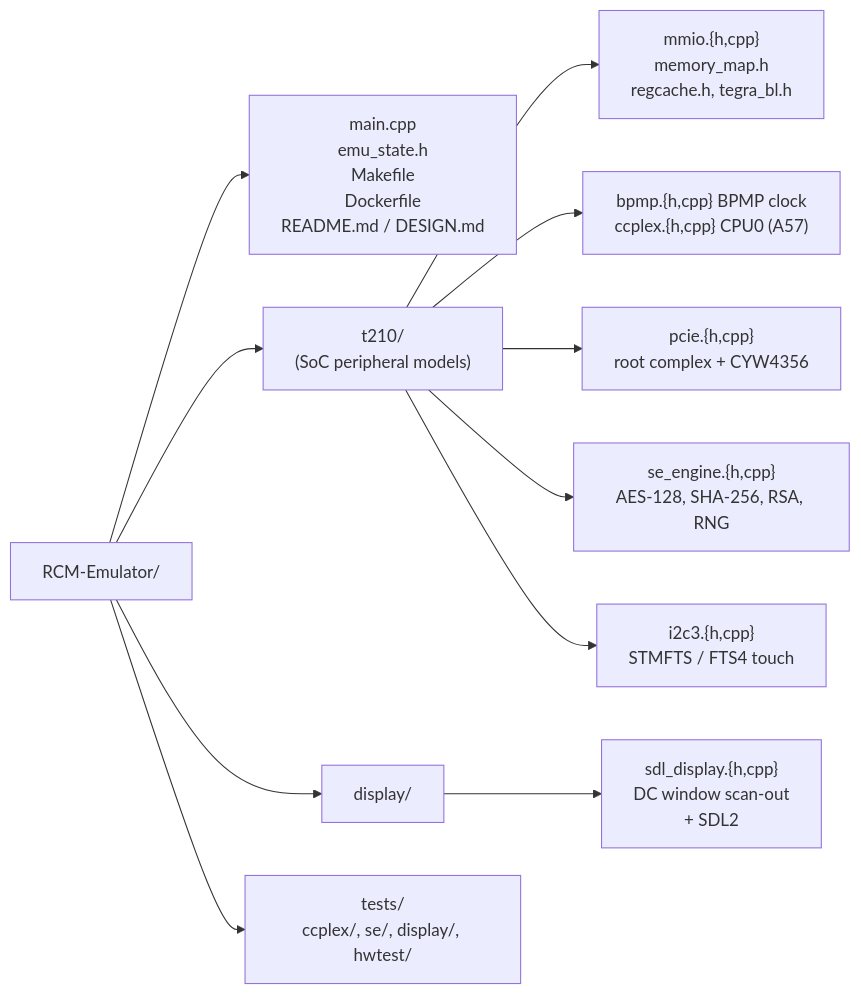
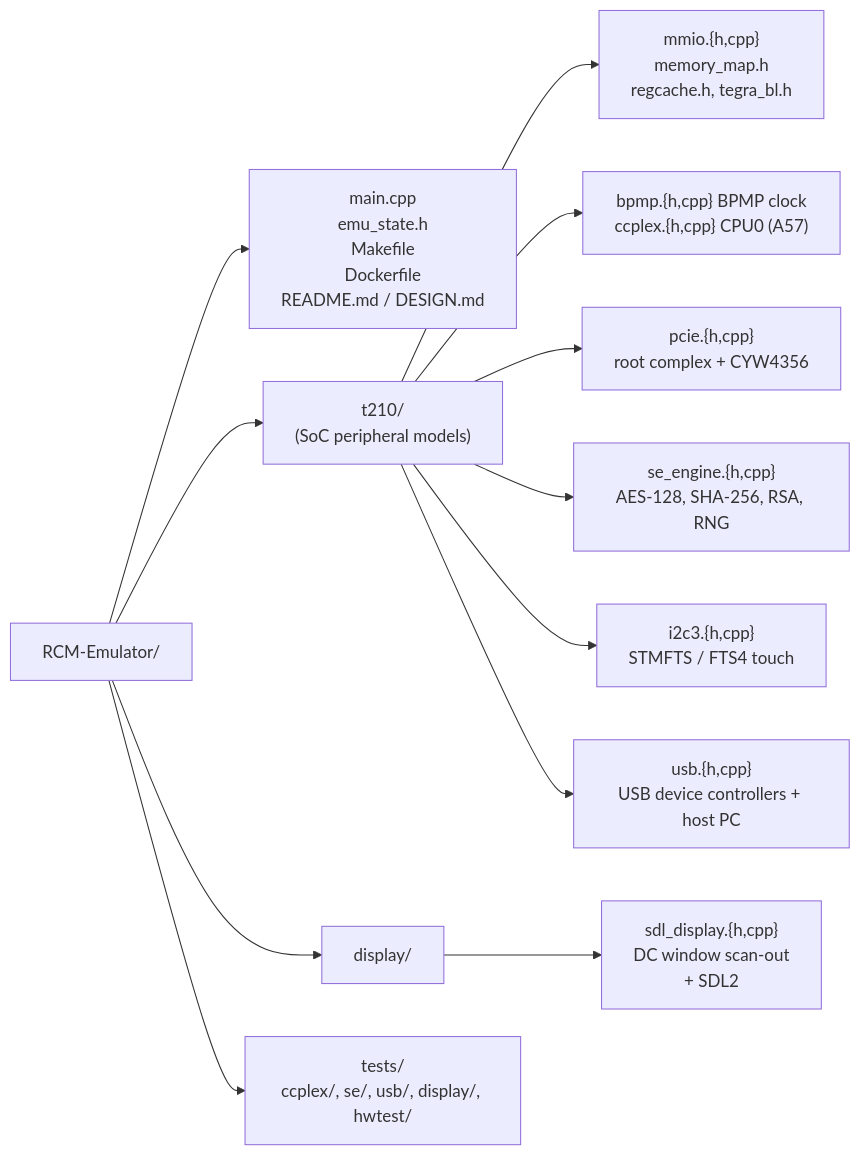
The diagram in README.md (Creased/RCM-Emulator), drawn with Mermaid before and after one commit. The commit also changed other lines of this file and 15 other files, not shown here.

First line of the commit message:
Model USB device mode, with an emulated PC on the cable

````diff
--- a/README.md
+++ b/README.md
@@ -288,16 +298,17 @@
 ```mermaid
 flowchart LR
     root["RCM-Emulator/"]
     root --> top["main.cpp<br/>emu_state.h<br/>Makefile<br/>Dockerfile<br/>README.md / DESIGN.md"]
     root --> t210["t210/<br/>(SoC peripheral models)"]
     root --> display["display/"]
-    root --> tests["tests/<br/>ccplex/, se/, display/, hwtest/"]
+    root --> tests["tests/<br/>ccplex/, se/, usb/, display/, hwtest/"]
 
     t210 --> mmio["mmio.{h,cpp}<br/>memory_map.h<br/>regcache.h, tegra_bl.h"]
     t210 --> cpus["bpmp.{h,cpp} BPMP clock<br/>ccplex.{h,cpp} CPU0 (A57)"]
     t210 --> pcie["pcie.{h,cpp}<br/>root complex + CYW4356"]
     t210 --> se["se_engine.{h,cpp}<br/>AES-128, SHA-256, RSA, RNG"]
     t210 --> i2c["i2c3.{h,cpp}<br/>STMFTS / FTS4 touch"]
+    t210 --> usb["usb.{h,cpp}<br/>USB device controllers + host PC"]
 
     display --> sdl["sdl_display.{h,cpp}<br/>DC window scan-out<br/>+ SDL2"]
 ```
````
